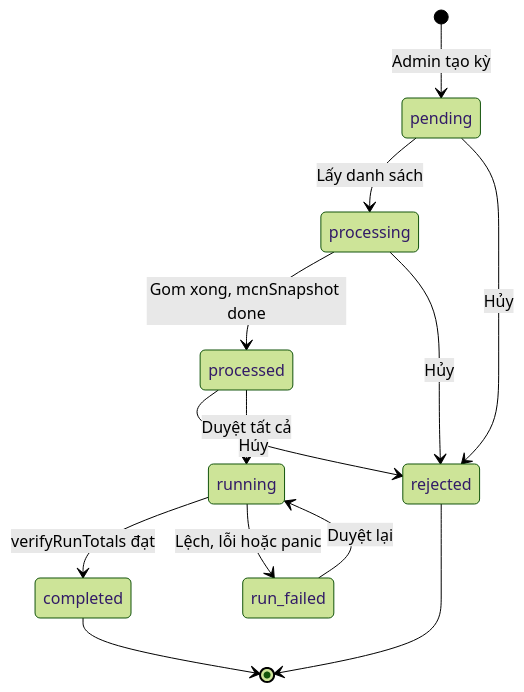
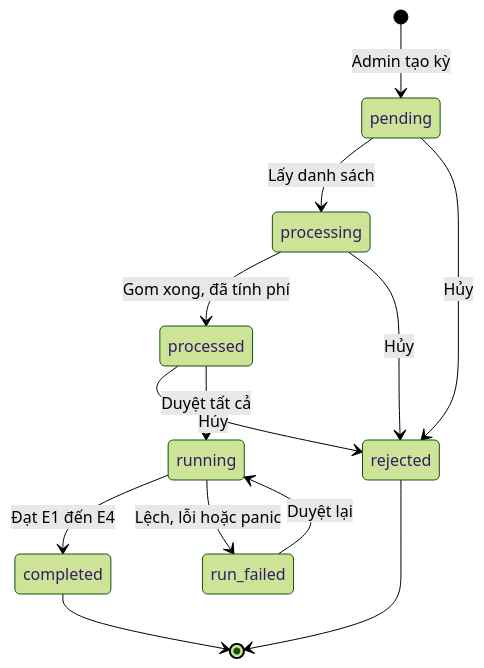
Before and after one commit to viewboost/accesstrade-docs: the fourth of 5 diagrams in mcn/techspec-mcn-phase1-2026-11-04.md, drawn with Mermaid (forest theme). The commit also changed other lines of this file, not shown here.

Commit message:
docs(mcn): tech spec v3.0 - gop cac ban 1.0, 2.0, 2.1 thanh mot ban, viet gon (1402 -> 861 dong): bo phan so sanh giua cac ban, gop tom tat va hoi dap voi phan chi tiet, ADR thanh bang quyet dinh, cap nhat viec con lai theo code 9a599f27c

````diff
--- a/mcn/techspec-mcn-phase1-2026-11-04.md
+++ b/mcn/techspec-mcn-phase1-2026-11-04.md
@@ -836,15 +387,15 @@
 ```mermaid
 stateDiagram-v2
   [*] --> pending : Admin tạo kỳ
   pending --> processing : Lấy danh sách
-  processing --> processed : Gom xong, mcnSnapshot done
+  processing --> processed : Gom xong, đã tính phí
   pending --> rejected : Hủy
   processing --> rejected : Hủy
   processed --> rejected : Hủy
   processed --> running : Duyệt tất cả
-  running --> completed : verifyRunTotals đạt
+  running --> completed : Đạt E1 đến E4
   running --> run_failed : Lệch, lỗi hoặc panic
   run_failed --> running : Duyệt lại
   completed --> [*]
   rejected --> [*]
 ```
````
